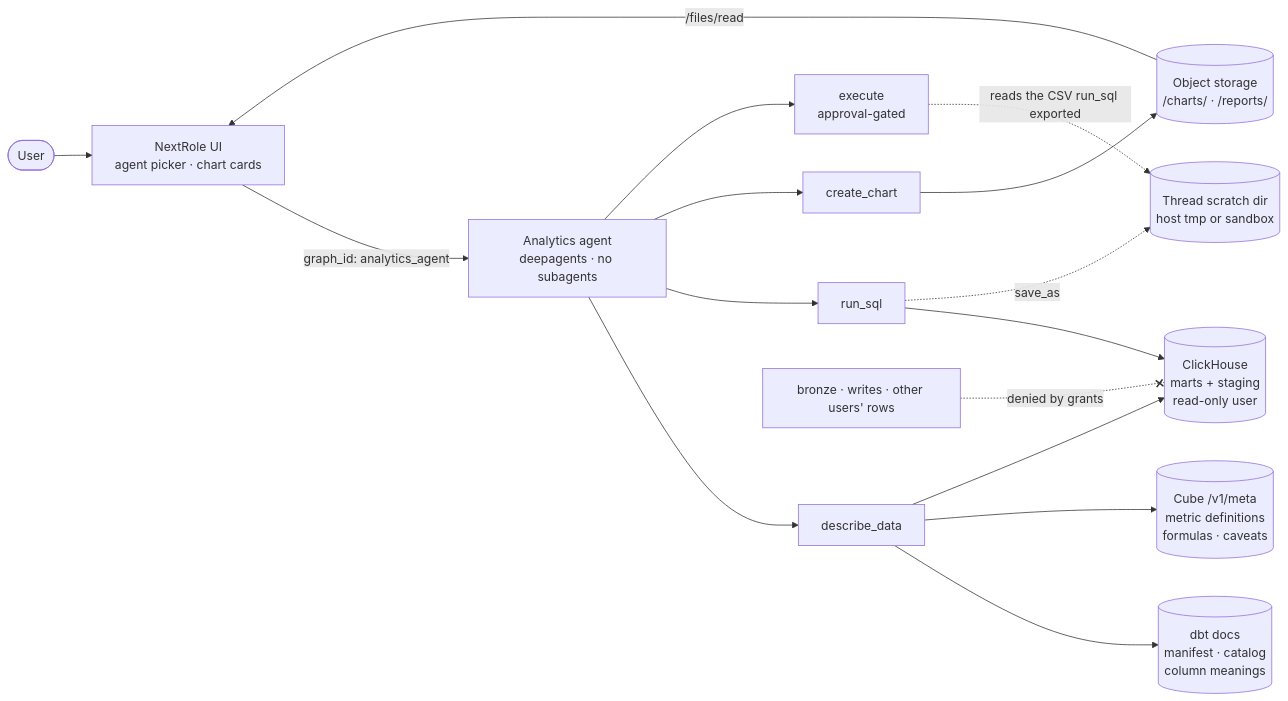
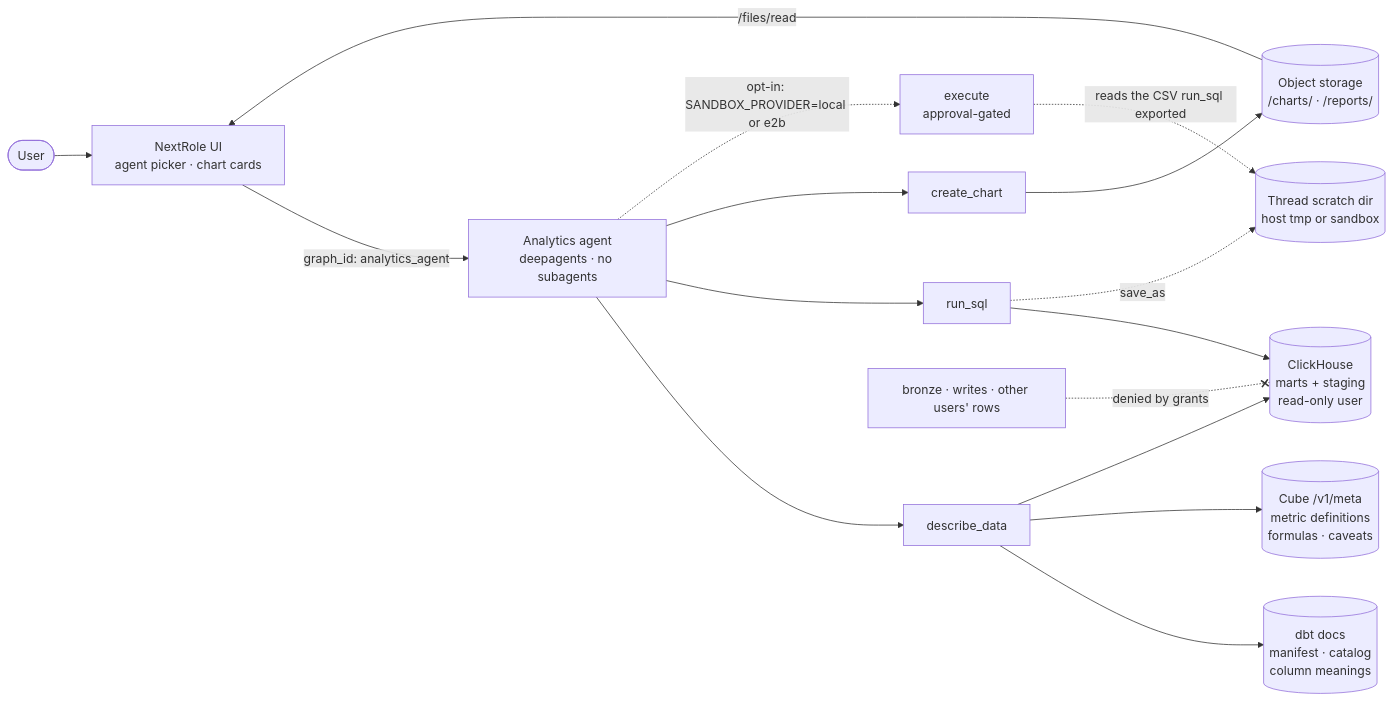
Before and after one commit to tam159/next-role: the first of 2 diagrams in backend/agents/analytics_agent/README.md, drawn with Mermaid. The commit also changed other lines of this file and 28 other files, not shown here.

First line of the commit message:
feat: turn the execute tool off by default with sandbox_provider=none (#107)

````diff
--- a/backend/agents/analytics_agent/README.md
+++ b/backend/agents/analytics_agent/README.md
@@ -12,21 +12,21 @@
 ```mermaid
 flowchart LR
   U(["User"]) --> UI["NextRole UI<br/>agent picker · chart cards"]
   UI -- "graph_id: analytics_agent" --> G["Analytics agent<br/>deepagents · no subagents"]
 
   G --> DD["describe_data"]
   G --> RS["run_sql"]
   G --> CC["create_chart"]
-  G --> EX["execute<br/>approval-gated"]
+  G -. "opt-in: SANDBOX_PROVIDER=local or e2b" .-> EX["execute<br/>approval-gated"]
 
   DD --> DOCS[("dbt docs<br/>manifest · catalog<br/>column meanings")]
   DD --> CUBE[("Cube /v1/meta<br/>metric definitions<br/>formulas · caveats")]
   DD --> CH
   RS --> CH[("ClickHouse<br/>marts + staging<br/>read-only user")]
   EX -. "reads the CSV run_sql exported" .-> SCR[("Thread scratch dir<br/>host tmp or sandbox")]
   RS -. "save_as" .-> SCR
   CC --> OS[("Object storage<br/>/charts/ · /reports/")]
   OS -- "/files/read" --> UI
 
   X["bronze · writes · other users' rows"] -. "denied by grants" .-x CH
 ```
````
